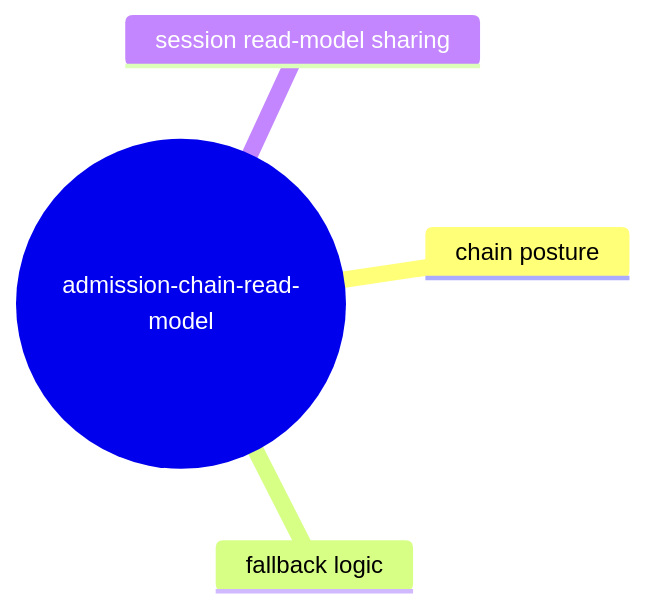
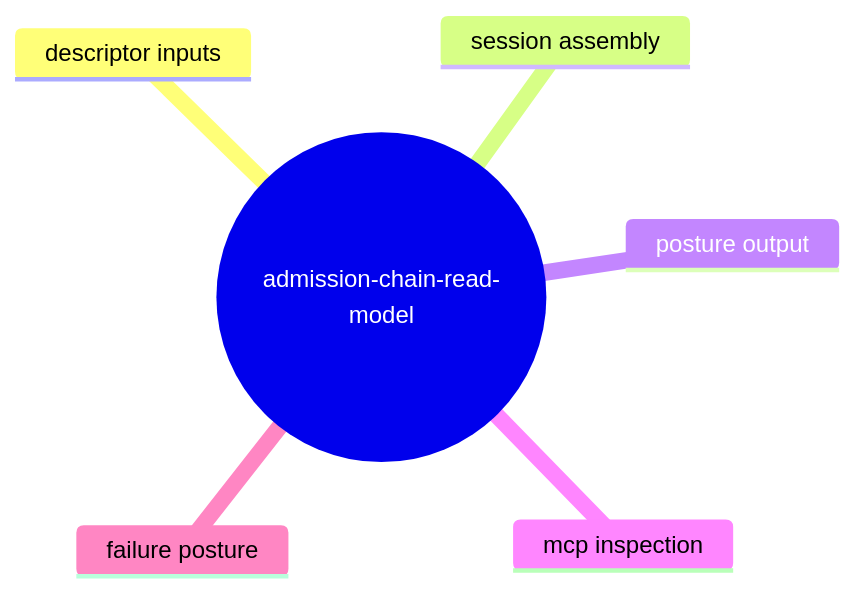
One commit to flyingrobots/warp-ttd changed the first of 7 diagrams in docs/topics/admission-chain-read-model/README.md. Above: the diagram before and after it, drawn with Mermaid. The commit also changed other lines of this file, not shown here.

Commit message:
docs(topics): add admission chain read model documentation

````diff
--- a/docs/topics/admission-chain-read-model/README.md
+++ b/docs/topics/admission-chain-read-model/README.md
@@ -3,7 +89,9 @@
 ```mermaid
 mindmap
   root((admission-chain-read-model))
-    chain posture
-    fallback logic
-    session read-model sharing
+    descriptor inputs
+    session assembly
+    posture output
+    mcp inspection
+    failure posture
 ```
````
